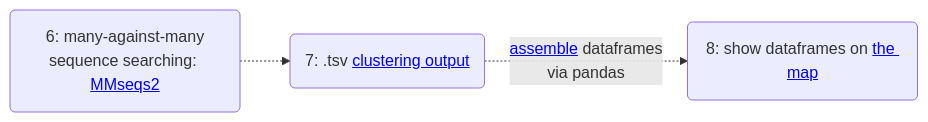
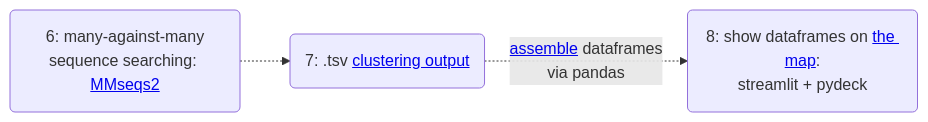
The fifth of 5 diagrams in README.md (engelanna/androgen-receptor-clusters-world-map), drawn with Mermaid before and after one commit. The commit also changed other lines of this file, not shown here.

````diff
--- a/README.md
+++ b/README.md
@@ -109,9 +82,9 @@
 ```mermaid
 graph LR
     E(6: many-against-many<br>sequence searching: <a href='https://github.com/soedinglab/MMseqs2'>MMseqs2</a>) -.-> F
 
     F(7: .tsv <a href='https://github.com/engelanna/androgen-receptor-clusters-world-map/tree/main/assets/tsv/clustering_output'>clustering output</a>) -.-> |<a href='https://github.com/engelanna/androgen-receptor-clusters-world-map/blob/main/scripts/_060_clustering_results_to_map_dataframes.py'>assemble</a> dataframes<br>via pandas| G(.tsv <a href='https://github.com/engelanna/androgen-receptor-clusters-world-map/tree/main/assets/tsv/map_ready_dataframes'>map-ready dataframes</a>)
 
-    G(8: show dataframes on <a href='https://engelanna-androgen-receptor-cl-build-streamlit-main-page-bje6e5.streamlitapp.com/'>the map</a>)
+    G(8: show dataframes on <a href='https://engelanna-androgen-receptor-cl-build-streamlit-main-page-bje6e5.streamlitapp.com/'>the map</a>:<br>streamlit + pydeck)
 
 ```
````
